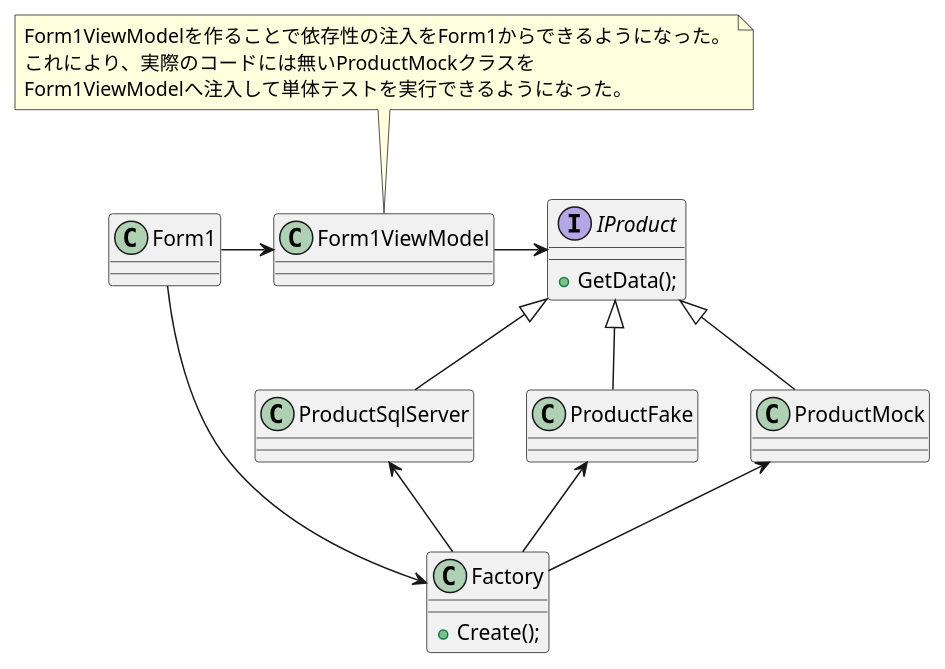
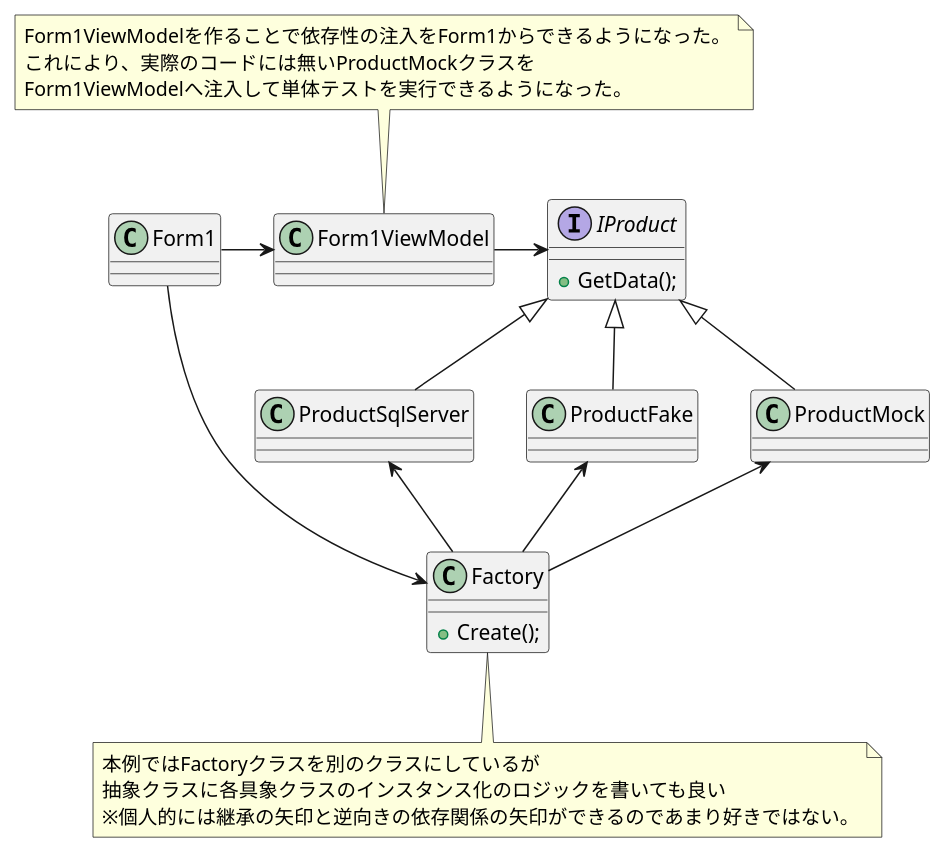
The third of 3 diagrams in Pattern/SimpleFactory/README.md (S-Tatsuya/DesignPattern), drawn with PlantUML before and after one commit.

Commit message:
Simple Factoryのメモを追加

````diff
--- a/Pattern/SimpleFactory/README.md
+++ b/Pattern/SimpleFactory/README.md
@@ -67,27 +67,33 @@
 ``` plantuml
 @startuml
 interface IProduct {
     + GetData();
 }
 
 class Factory {
     + Create();
 }
 
 Form1 -> Form1ViewModel
 Form1 --> Factory
 Form1ViewModel -> IProduct
 IProduct <|-- ProductSqlServer
 IProduct <|-- ProductFake
 IProduct <|-- ProductMock
 ProductSqlServer <-- Factory
 ProductFake <-- Factory
 ProductMock <-- Factory
 
 note top of Form1ViewModel
 Form1ViewModelを作ることで依存性の注入をForm1からできるようになった。
 これにより、実際のコードには無いProductMockクラスを
 Form1ViewModelへ注入して単体テストを実行できるようになった。
 end note
+
+note bottom of Factory
+本例ではFactoryクラスを別のクラスにしているが
+抽象クラスに各具象クラスのインスタンス化のロジックを書いても良い
+※個人的には継承の矢印と逆向きの依存関係の矢印ができるのであまり好きではない。
+end note
 @enduml
 ```
````
